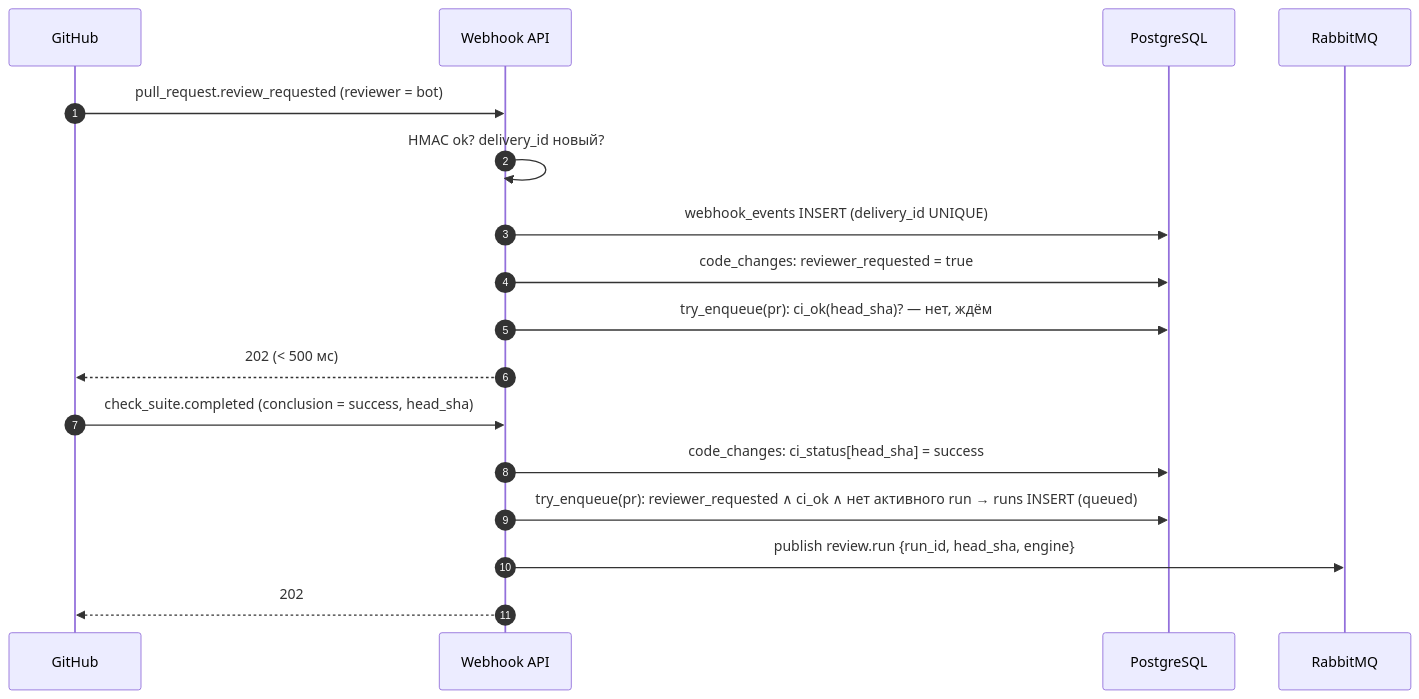
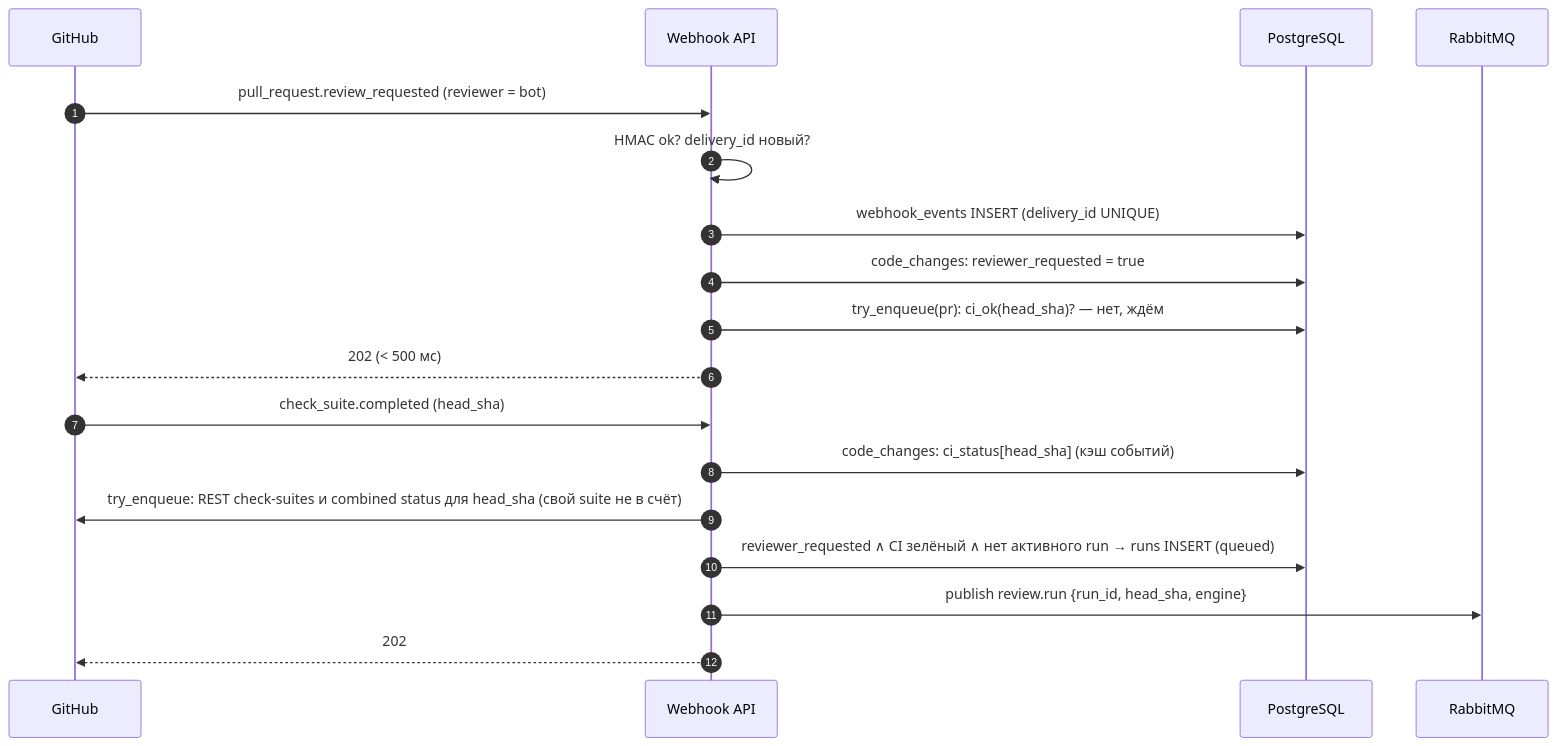
One commit to larchanka-training/dmc-268-api-t6 changed the fourth of 13 diagrams in docs/SYSTEM_DESIGN.md. Above: the diagram before and after it, drawn with Mermaid. The commit also changed other lines of this file and 1 other file, not shown here.

````diff
--- a/docs/SYSTEM_DESIGN.md
+++ b/docs/SYSTEM_DESIGN.md
@@ -211,21 +218,22 @@
 ```mermaid
 sequenceDiagram
   autonumber
   participant GH as GitHub
   participant WH as Webhook API
   participant PG as PostgreSQL
   participant MQ as RabbitMQ
 
   GH->>WH: pull_request.review_requested (reviewer = bot)
   WH->>WH: HMAC ok? delivery_id новый?
   WH->>PG: webhook_events INSERT (delivery_id UNIQUE)
   WH->>PG: code_changes: reviewer_requested = true
   WH->>PG: try_enqueue(pr): ci_ok(head_sha)? — нет, ждём
   WH-->>GH: 202 (< 500 мс)
 
-  GH->>WH: check_suite.completed (conclusion = success, head_sha)
-  WH->>PG: code_changes: ci_status[head_sha] = success
-  WH->>PG: try_enqueue(pr): reviewer_requested ∧ ci_ok ∧ нет активного run → runs INSERT (queued)
+  GH->>WH: check_suite.completed (head_sha)
+  WH->>PG: code_changes: ci_status[head_sha] (кэш событий)
+  WH->>GH: try_enqueue: REST check-suites и combined status для head_sha (свой suite не в счёт)
+  WH->>PG: reviewer_requested ∧ CI зелёный ∧ нет активного run → runs INSERT (queued)
   WH->>MQ: publish review.run {run_id, head_sha, engine}
   WH-->>GH: 202
 ```
````
